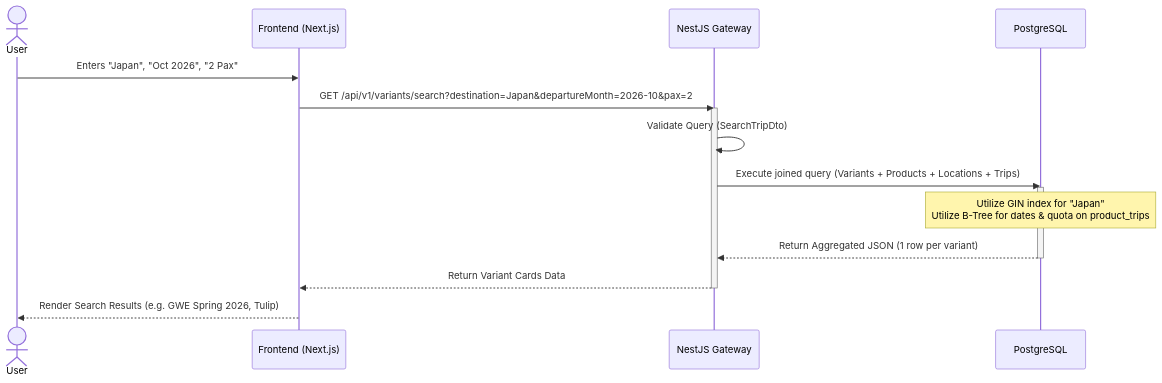
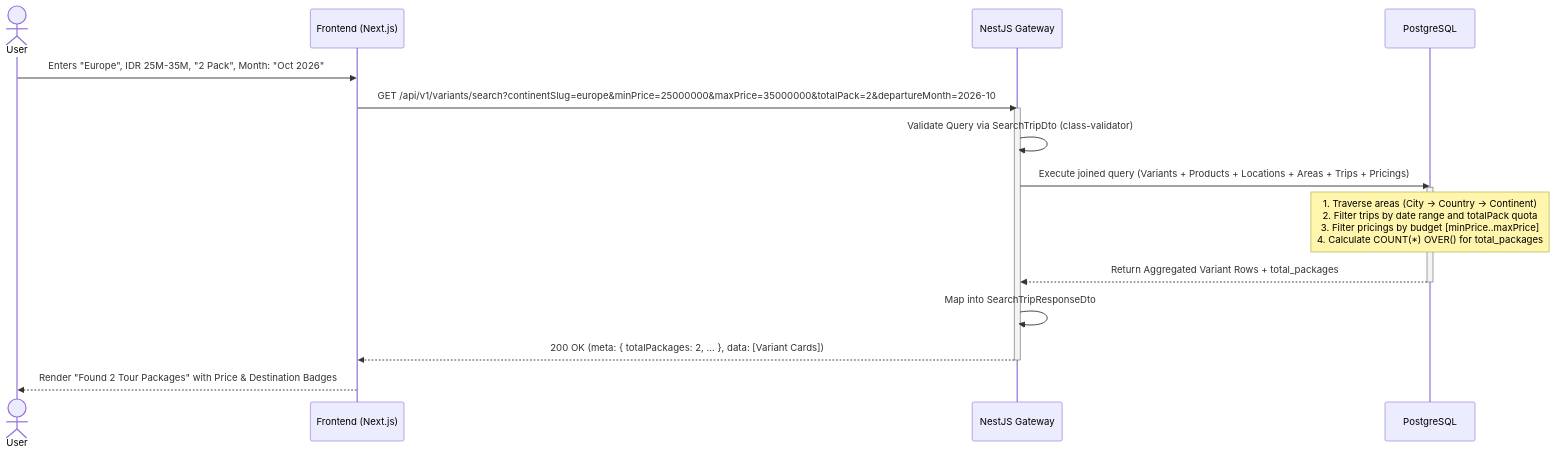
The diagram in product-search-filter-technical-design.md (Haris-saifudin/hobiholidays-documentations), drawn with Mermaid before and after one commit. The commit also changed other lines of this file and 12 other files, not shown here.

Commit message:
docs: add technical design specifications and API contracts for the product media and core domain subsystems

````diff
--- a/product-search-filter-technical-design.md
+++ b/product-search-filter-technical-design.md
@@ -156,24 +610,25 @@
 ```mermaid
 sequenceDiagram
     actor User
     participant WebUI as Frontend (Next.js)
     participant API as NestJS Gateway
     participant DB as PostgreSQL
 
-    User->>WebUI: Enters "Japan", "Oct 2026", "2 Pax"
-    WebUI->>API: GET /api/v1/variants/search?destination=Japan&departureMonth=2026-10&pax=2
+    User->>WebUI: Enters "Europe", IDR 25M-35M, "2 Pack", Month: "Oct 2026"
+    WebUI->>API: GET /api/v1/variants/search?continentSlug=europe&minPrice=25000000&maxPrice=35000000&totalPack=2&departureMonth=2026-10
 
     activate API
-    API->>API: Validate Query (SearchTripDto)
-    API->>DB: Execute joined query (Variants + Products + Locations + Trips)
+    API->>API: Validate Query via SearchTripDto (class-validator)
+    API->>DB: Execute joined query (Variants + Products + Locations + Areas + Trips + Pricings)
 
     activate DB
-    Note over DB: Utilize GIN index for "Japan"<br/>Utilize B-Tree for dates & quota on product_trips
-    DB-->>API: Return Aggregated JSON (1 row per variant)
+    Note over DB: 1. Traverse areas (City -> Country -> Continent)<br/>2. Filter trips by date range and totalPack quota<br/>3. Filter pricings by budget [minPrice..maxPrice]<br/>4. Calculate COUNT(*) OVER() for total_packages
+    DB-->>API: Return Aggregated Variant Rows + total_packages
     deactivate DB
 
-    API-->>WebUI: Return Variant Cards Data
+    API->>API: Map into SearchTripResponseDto
+    API-->>WebUI: 200 OK (meta: { totalPackages: 2, ... }, data: [Variant Cards])
     deactivate API
 
-    WebUI-->>User: Render Search Results (e.g. GWE Spring 2026, Tulip)
+    WebUI-->>User: Render "Found 2 Tour Packages" with Price & Destination Badges
 ```
````
